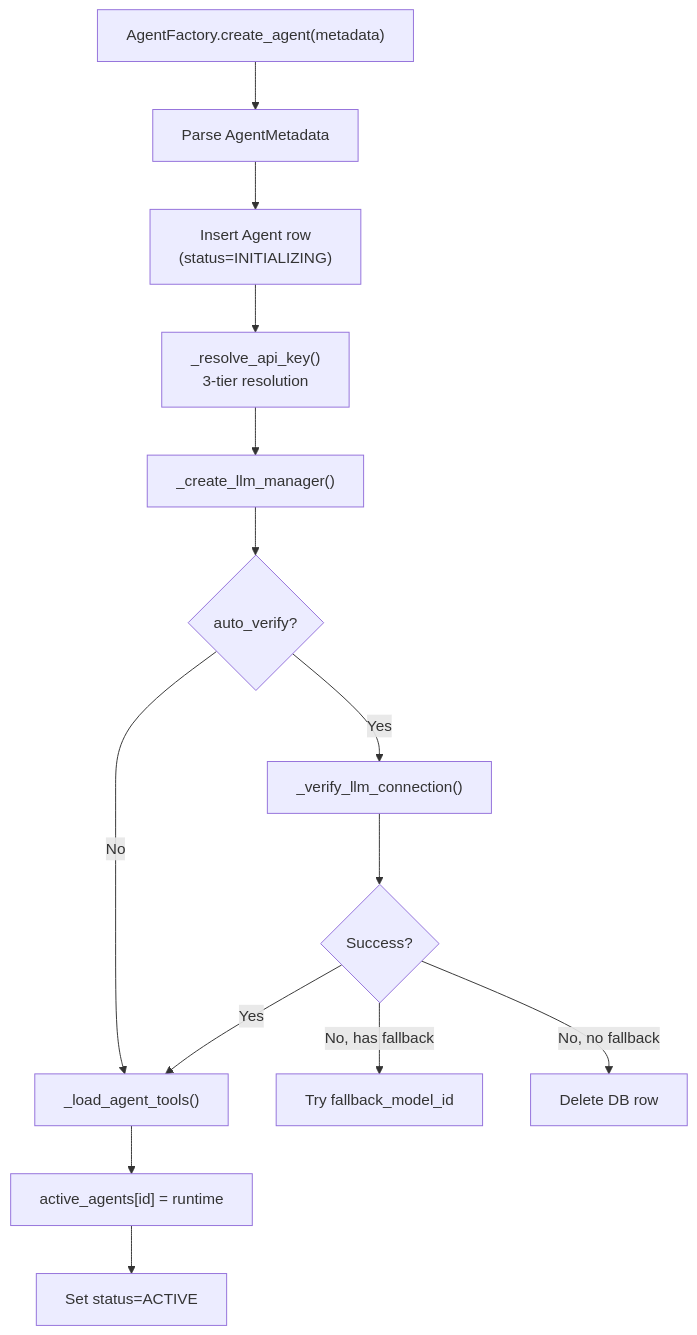
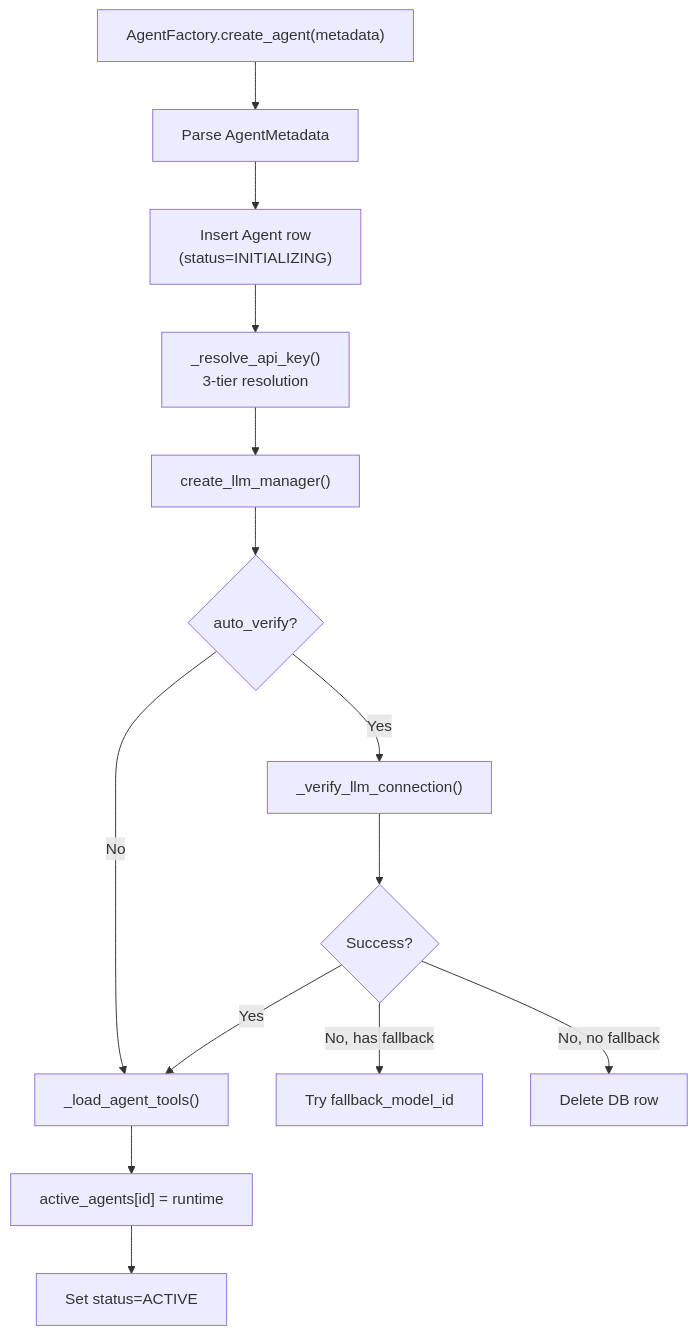
One commit to AutomatosAI/automatos-ai changed the second of 5 diagrams in docs/agents/agent-factory-runtime.md. Above: the diagram before and after it, drawn with Mermaid. The commit also changed other lines of this file and 153 other files, not shown here.

````diff
--- a/docs/agents/agent-factory-runtime.md
+++ b/docs/agents/agent-factory-runtime.md
@@ -141,16 +139,16 @@
 ```mermaid
 flowchart TD
     Start["AgentFactory.create_agent(metadata)"] --> Parse["Parse AgentMetadata"]
     Parse --> DBInsert["Insert Agent row<br/>(status=INITIALIZING)"]
     DBInsert --> ResolveKey["_resolve_api_key()<br/>3-tier resolution"]
-    ResolveKey --> CreateLLM["_create_llm_manager()"]
+    ResolveKey --> CreateLLM["create_llm_manager()"]
     CreateLLM --> Verify{"auto_verify?"}
     Verify -->|Yes| TestCall["_verify_llm_connection()"]
     Verify -->|No| LoadTools["_load_agent_tools()"]
     TestCall --> VerifyResult{"Success?"}
     VerifyResult -->|No, has fallback| Fallback["Try fallback_model_id"]
     VerifyResult -->|No, no fallback| Delete["Delete DB row"]
     VerifyResult -->|Yes| LoadTools
     LoadTools --> CacheRuntime["active_agents[id] = runtime"]
     CacheRuntime --> UpdateStatus["Set status=ACTIVE"]
 ```
````
